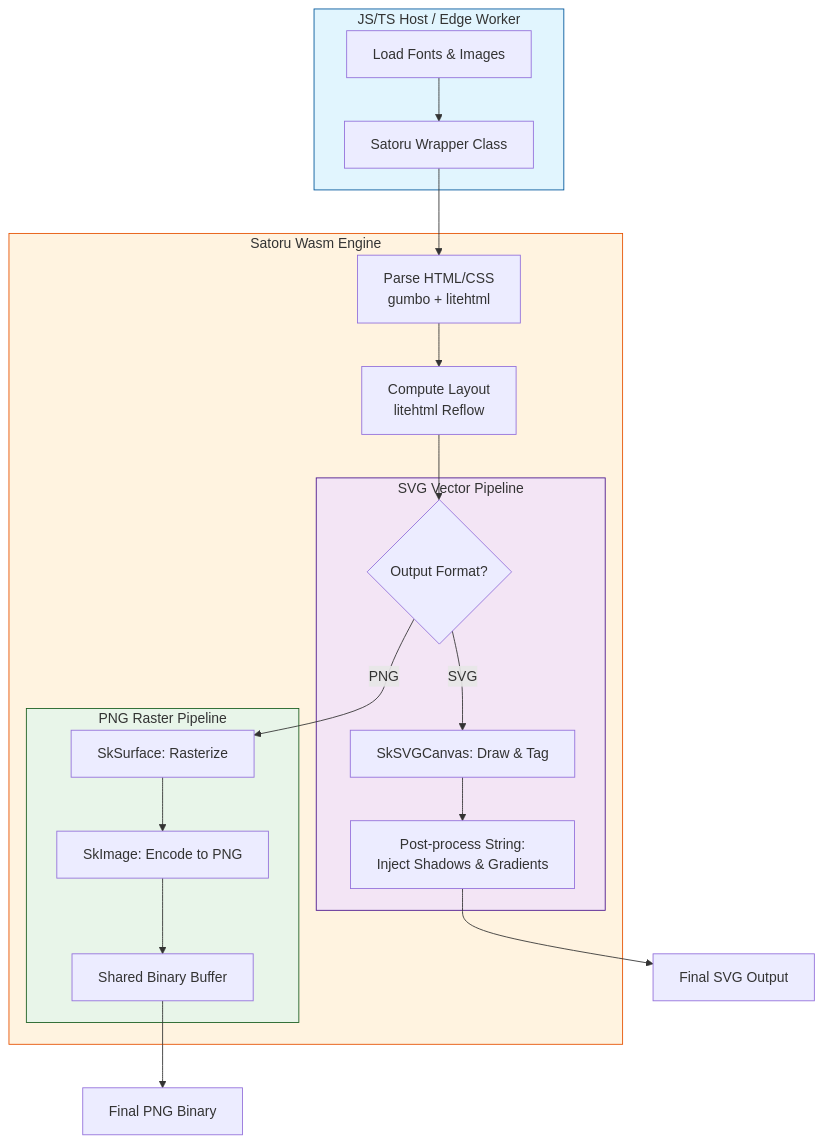
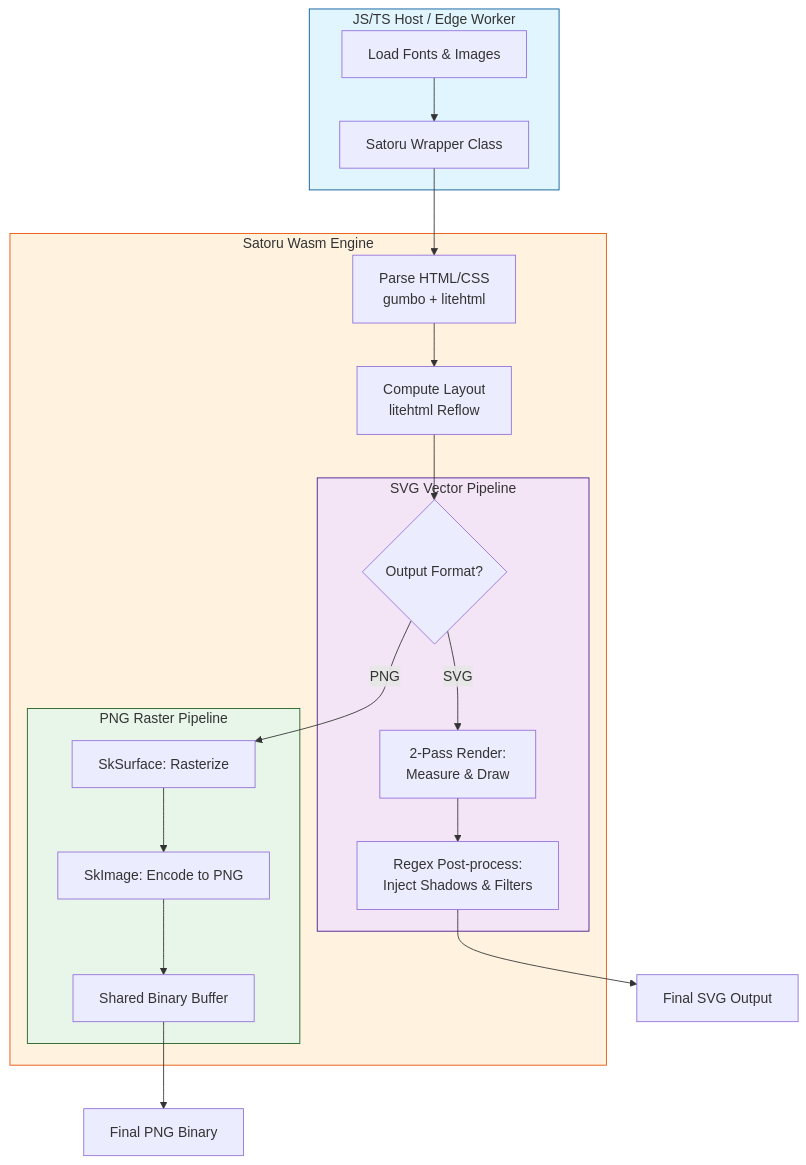
Before and after one commit to SoraKumo001/satoru: the diagram in README.md, drawn with Mermaid. The commit also changed other lines of this file and 6 other files, not shown here.

Commit message:
Enhance SVG rendering with tag-based post-processing, advanced outer/inset box shadows, and updated documentation.

````diff
--- a/README.md
+++ b/README.md
@@ -31,32 +32,32 @@
 ```mermaid
 graph TD
     subgraph Host [JS/TS Host / Edge Worker]
         A[Load Fonts & Images] --> B[Satoru Wrapper Class]
     end
 
     subgraph WASM [Satoru Wasm Engine]
         B --> C[Parse HTML/CSS<br/>gumbo + litehtml]
         C --> D[Compute Layout<br/>litehtml Reflow]
 
         D --> E{Output Format?}
 
         subgraph SVG_Path [SVG Vector Pipeline]
-            E -- SVG --> F[SkSVGCanvas: Draw & Tag]
-            F --> G[Post-process String:<br/>Inject Shadows & Gradients]
+            E -- SVG --> F[2-Pass Render:<br/>Measure & Draw]
+            F --> G[Regex Post-process:<br/>Inject Shadows & Filters]
         end
 
         subgraph PNG_Path [PNG Raster Pipeline]
             E -- PNG --> H[SkSurface: Rasterize]
             H --> I[SkImage: Encode to PNG]
             I --> J[Shared Binary Buffer]
         end
     end
 
     G --> K[Final SVG Output]
     J --> L[Final PNG Binary]
 
     style Host fill:#e1f5fe,stroke:#01579b
     style WASM fill:#fff3e0,stroke:#e65100
     style SVG_Path fill:#f3e5f5,stroke:#4a148c
     style PNG_Path fill:#e8f5e9,stroke:#1b5e20
 ```
````
